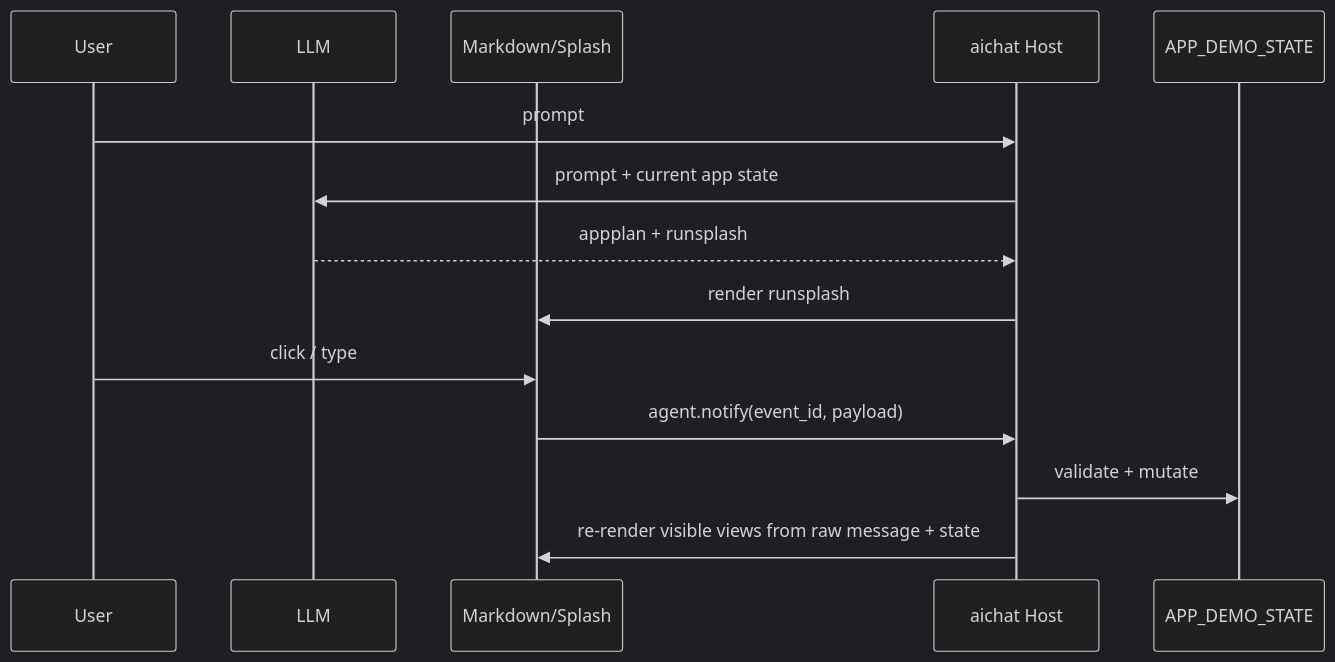
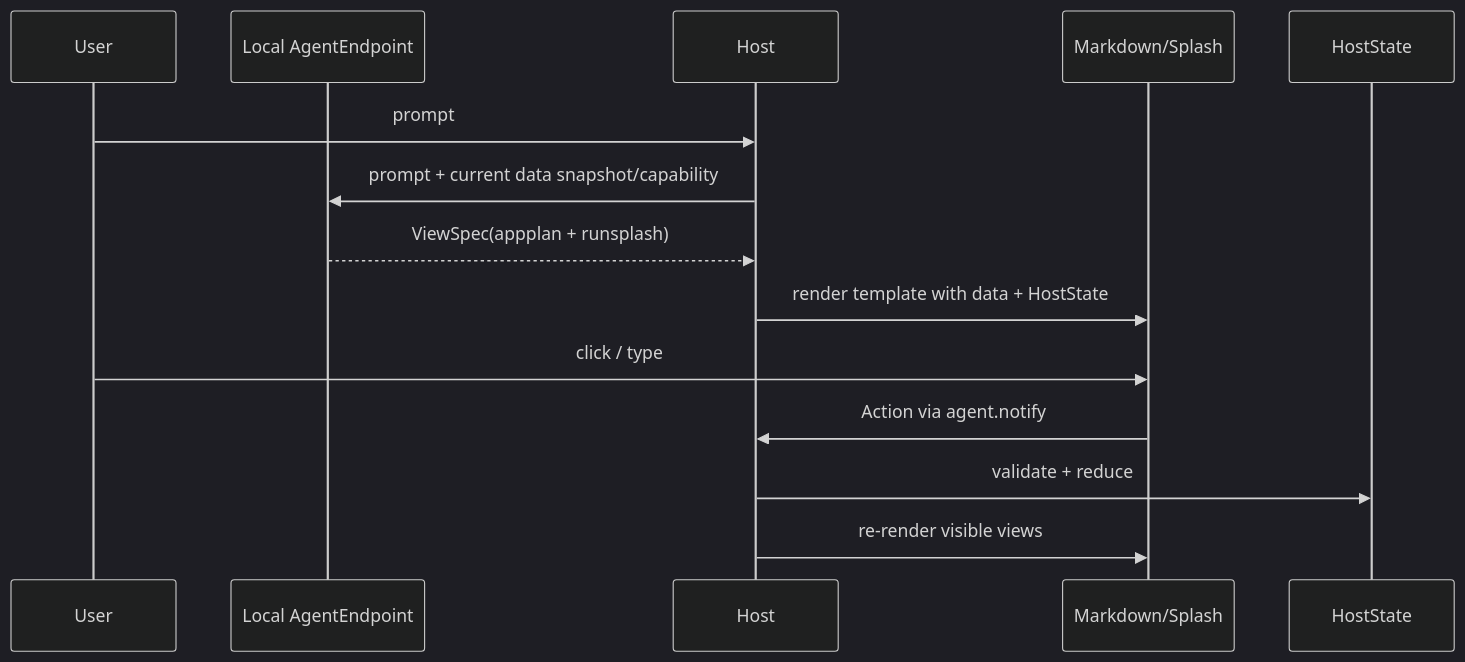
Before and after one commit to ZhangHanDong/makepad: the first of 2 diagrams in examples/aichat/specs/agent2app-book/src/03-runtime-modes.md, drawn with Mermaid (dark theme). The commit also changed other lines of this file and 37 other files, not shown here.

Commit message:
Document agent2app aichat rollout

````diff
--- a/examples/aichat/specs/agent2app-book/src/03-runtime-modes.md
+++ b/examples/aichat/specs/agent2app-book/src/03-runtime-modes.md
@@ -9,17 +22,17 @@
 ```mermaid
 sequenceDiagram
     participant U as User
-    participant L as LLM
+    participant A as Local AgentEndpoint
+    participant H as Host
     participant M as Markdown/Splash
-    participant H as aichat Host
-    participant S as APP_DEMO_STATE
+    participant S as HostState
 
     U->>H: prompt
-    H->>L: prompt + current app state
-    L-->>H: appplan + runsplash
-    H->>M: render runsplash
+    H->>A: prompt + current data snapshot/capability
+    A-->>H: ViewSpec(appplan + runsplash)
+    H->>M: render template with data + HostState
     U->>M: click / type
-    M->>H: agent.notify(event_id, payload)
-    H->>S: validate + mutate
-    H->>M: re-render visible views from raw message + state
+    M->>H: Action via agent.notify
+    H->>S: validate + reduce
+    H->>M: re-render visible views
 ```
````
